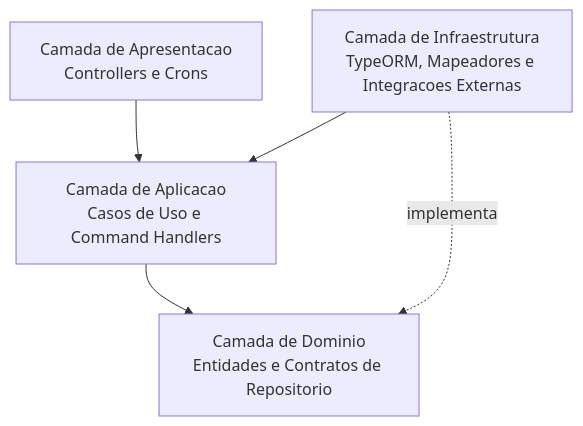
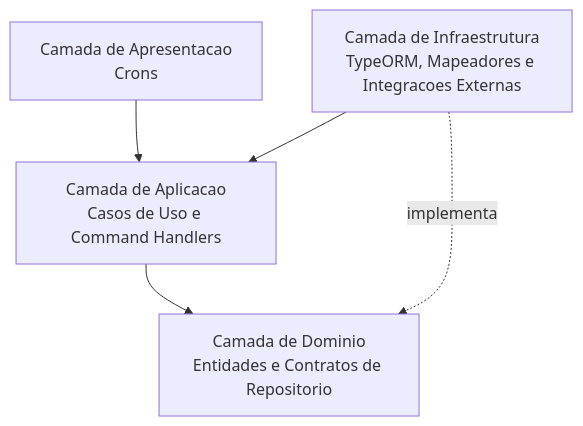
One commit to mathfelicio/ozmap-mf changed the first of 2 diagrams in ARCHITECTURE.md. Above: the diagram before and after it, drawn with Mermaid. The commit also changed other lines of this file and 1 other file, not shown here.

````diff
--- a/ARCHITECTURE.md
+++ b/ARCHITECTURE.md
@@ -11,12 +11,12 @@
 ```mermaid
 graph TD
-    Presentation[Camada de Apresentacao<br/>Controllers e Crons]
+    Presentation[Camada de Apresentacao<br/>Crons]
     Application[Camada de Aplicacao<br/>Casos de Uso e Command Handlers]
     Domain[Camada de Dominio<br/>Entidades e Contratos de Repositorio]
     Infrastructure[Camada de Infraestrutura<br/>TypeORM, Mapeadores e Integracoes Externas]
 
     Presentation --> Application
     Application --> Domain
     Infrastructure -. implementa .-> Domain
     Infrastructure --> Application
 ```
````
